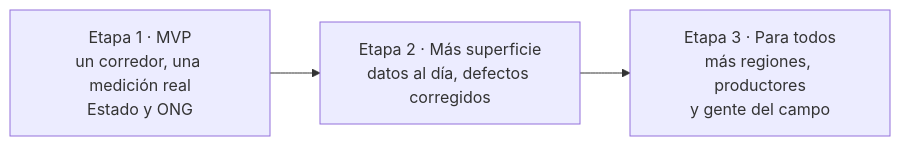
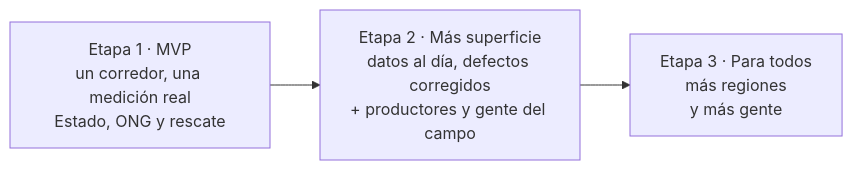
One commit to jfacundoayala/baqui-space-app changed the third of 3 diagrams in README.es.md. Above: the diagram before and after it, drawn with Mermaid. The commit also changed other lines of this file and 1 other file, not shown here.

Commit message:
README: diagrama de la hoja de ruta con productores en la etapa 2

````diff
--- a/README.es.md
+++ b/README.es.md
@@ -239,5 +239,5 @@
 ```mermaid
 flowchart LR
-    E1["Etapa 1 · MVP<br/>un corredor, una medición real<br/>Estado y ONG"] --> E2["Etapa 2 · Más superficie<br/>datos al día, defectos corregidos"]
-    E2 --> E3["Etapa 3 · Para todos<br/>más regiones, productores<br/>y gente del campo"]
+    E1["Etapa 1 · MVP<br/>un corredor, una medición real<br/>Estado, ONG y rescate"] --> E2["Etapa 2 · Más superficie<br/>datos al día, defectos corregidos<br/>+ productores y gente del campo"]
+    E2 --> E3["Etapa 3 · Para todos<br/>más regiones<br/>y más gente"]
 ```
````
